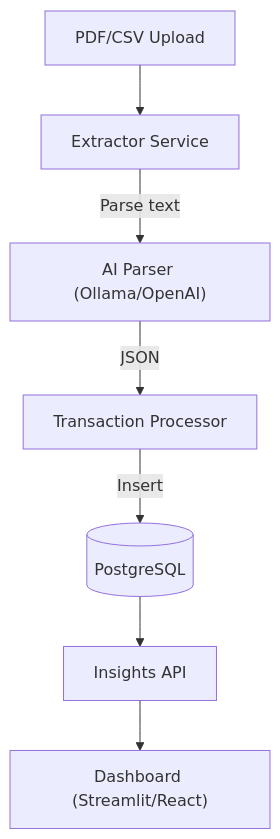
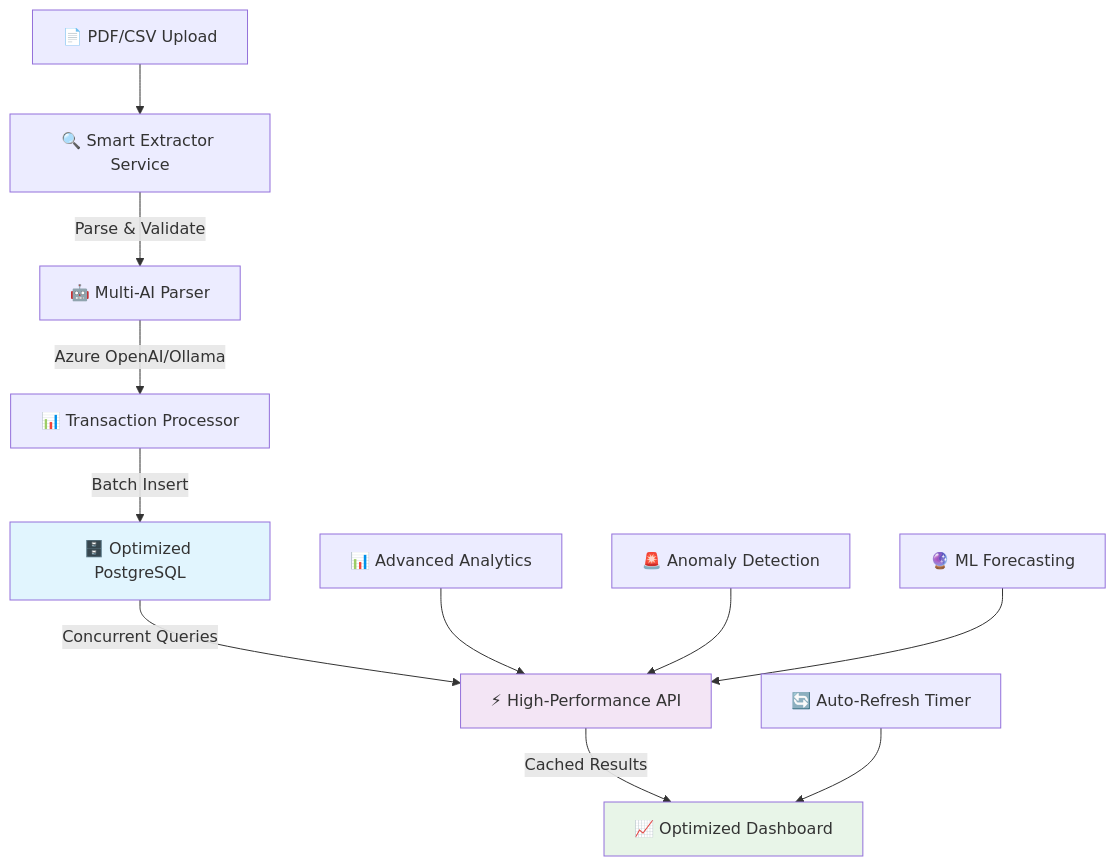
Before and after one commit to simpat-jesus/e-harold-krabs: the first of 6 diagrams in docs/ARCHITECTURE.md, drawn with Mermaid. The commit also changed other lines of this file and 20 other files, not shown here.

````diff
--- a/docs/ARCHITECTURE.md
+++ b/docs/ARCHITECTURE.md
@@ -9,9 +9,18 @@
 ```mermaid
 flowchart TD
-    A[PDF/CSV Upload] --> B[Extractor Service]
-    B -->|Parse text| C["AI Parser (Ollama/OpenAI)"]
-    C -->|JSON| D[Transaction Processor]
-    D -->|Insert| E[(PostgreSQL)]
-    E --> F[Insights API]
-    F --> G["Dashboard (Streamlit/React)"]
+    A[📄 PDF/CSV Upload] --> B[🔍 Smart Extractor Service]
+    B -->|Parse & Validate| C[🤖 Multi-AI Parser]
+    C -->|Azure OpenAI/Ollama| D[📊 Transaction Processor]
+    D -->|Batch Insert| E[🗄️ Optimized PostgreSQL]
+    E -->|Concurrent Queries| F[⚡ High-Performance API]
+    F -->|Cached Results| G[📈 Optimized Dashboard]
+    
+    H[🔄 Auto-Refresh Timer] --> G
+    I[📊 Advanced Analytics] --> F
+    J[🚨 Anomaly Detection] --> F
+    K[🔮 ML Forecasting] --> F
+    
+    style E fill:#e1f5fe
+    style F fill:#f3e5f5
+    style G fill:#e8f5e8
 ```
````
